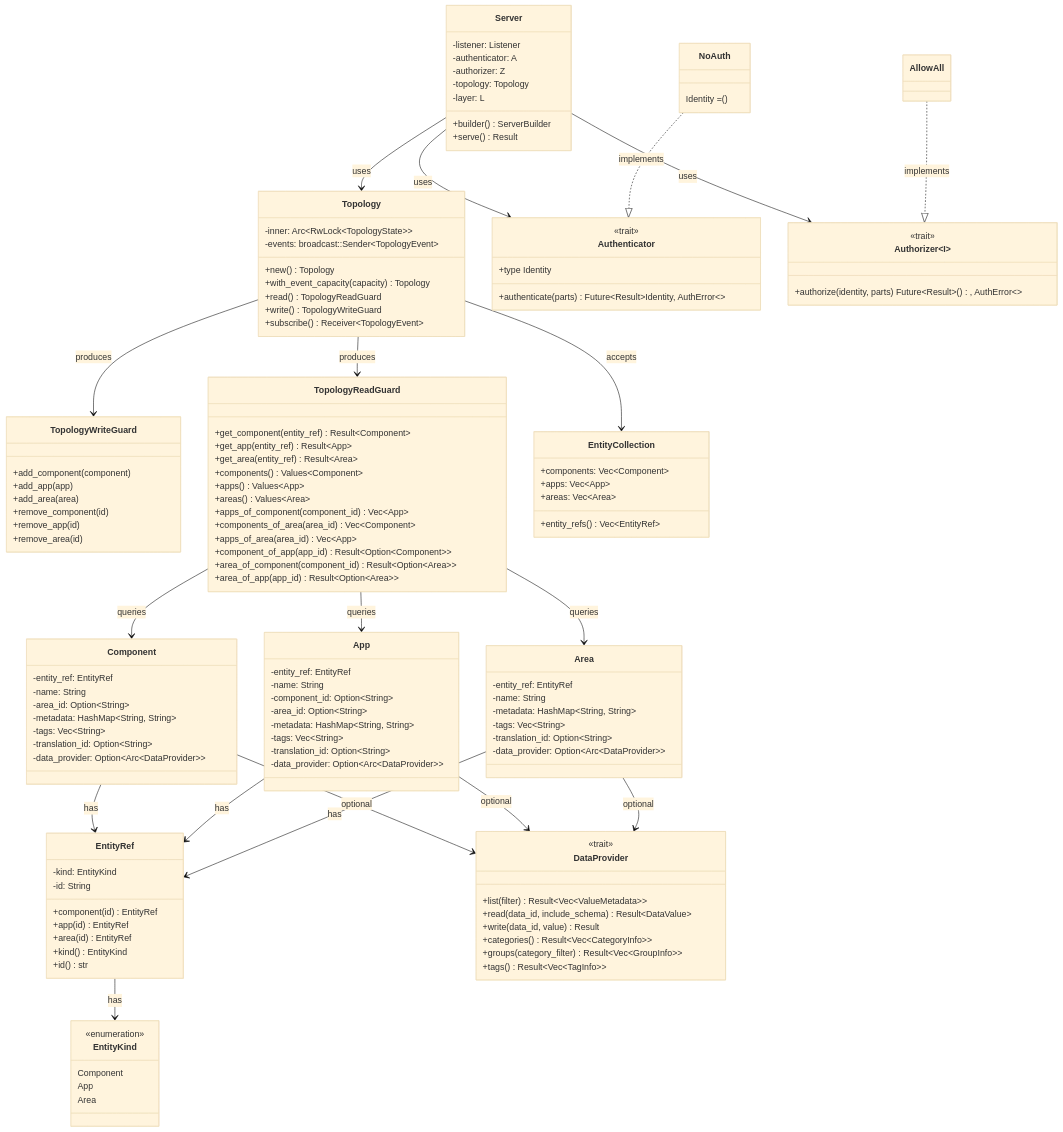
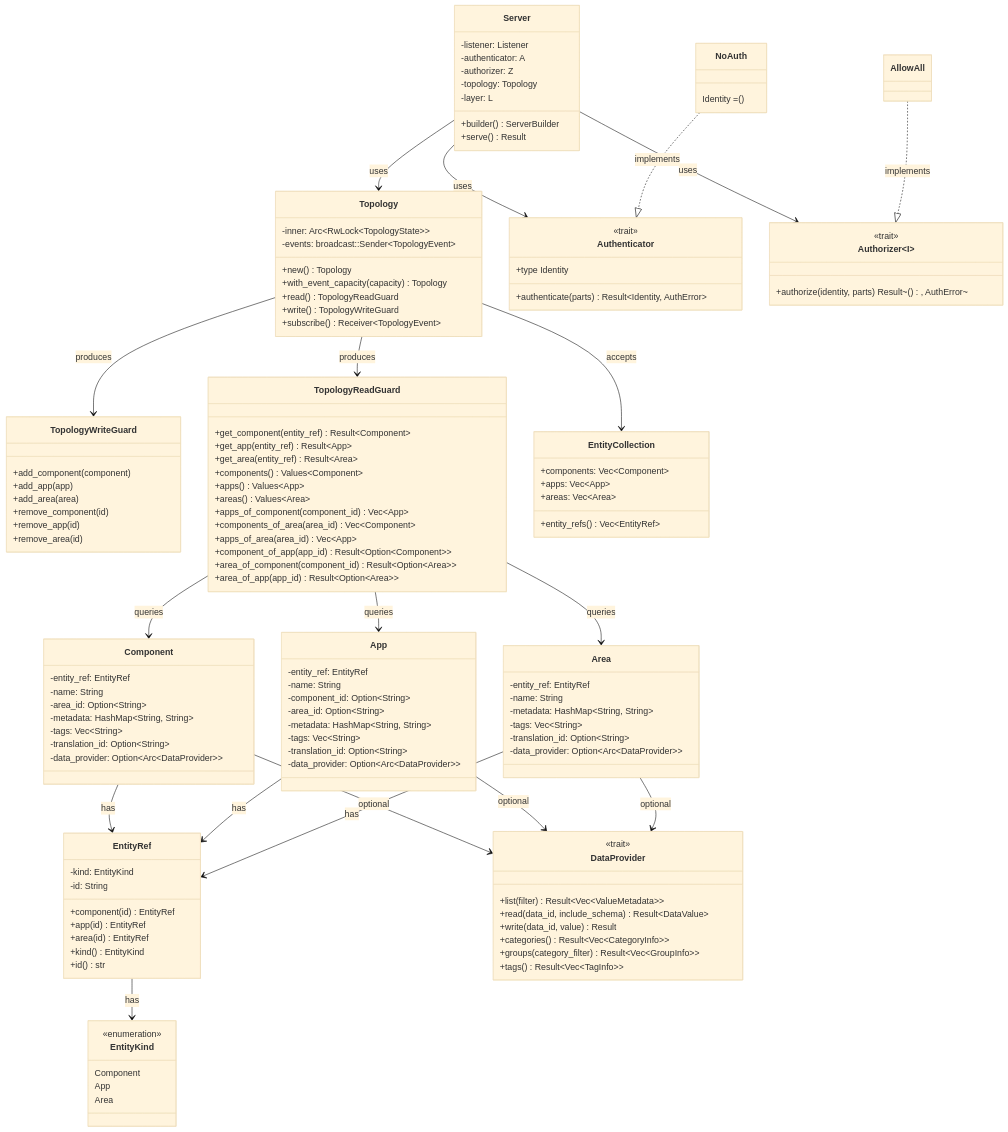
Before and after one commit to eclipse-opensovd/opensovd-core: the first of 2 diagrams in docs/architecture.md, drawn with Mermaid (base theme). The commit also changed 4 other files, not shown here.

```diff
--- a/docs/architecture.md
+++ b/docs/architecture.md
@@ -107,12 +107,12 @@
     class Authenticator {
         <<trait>>
         +type Identity
-        +authenticate(parts) Future~Result~Identity, AuthError~~
+        +authenticate(parts) Result~Identity, AuthError~
     }
 
     class Authorizer~I~ {
         <<trait>>
-        +authorize(identity, parts) Future~Result~(), AuthError~~
+        +authorize(identity, parts) Result~(), AuthError~
     }
 
     class NoAuth {
```
